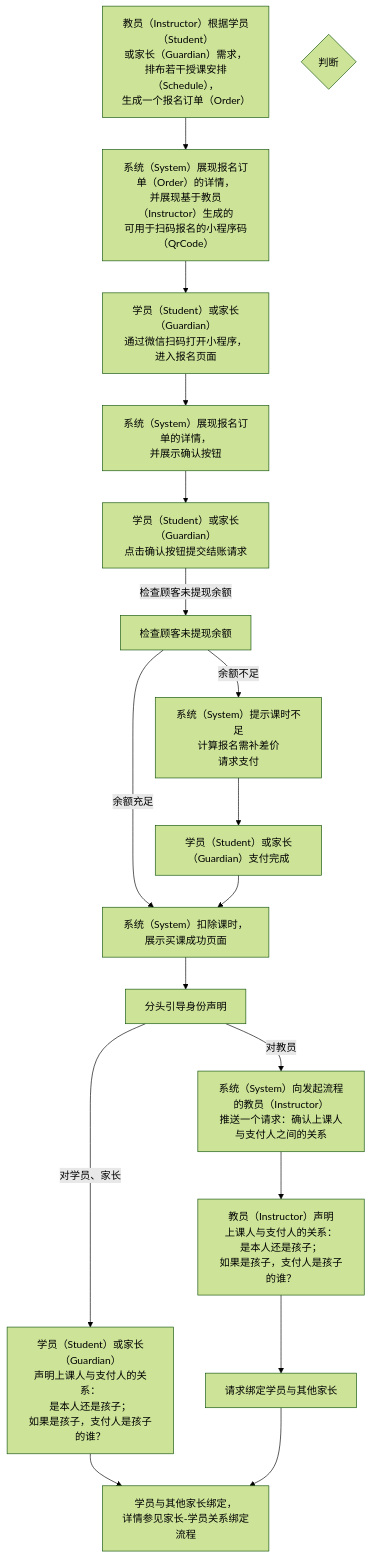
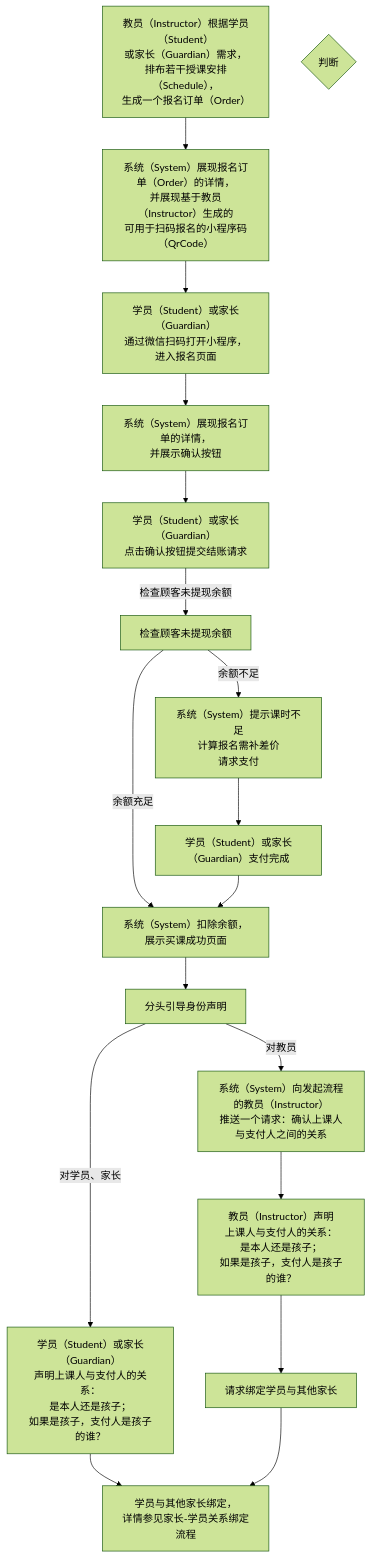
Before and after one commit to world-wide-web/sign: the diagram in 用例/报名.md, drawn with Mermaid (forest theme). The commit also changed other lines of this file, not shown here.

Commit message:
用例/报名.md updated from https://stackedit.io/

````diff
--- a/用例/报名.md
+++ b/用例/报名.md
@@ -7,48 +7,48 @@
 ```mermaid
 graph TD
 
 生成报名订单-->生成报名码
 生成报名码-->扫码报名
 扫码报名-->展现报名订单
 展现报名订单-->确认并提交结账请求
 确认并提交结账请求--检查顾客未提现余额-->检查顾客未提现余额
 检查顾客未提现余额--余额充足-->扣课时并提示买课成功
 检查顾客未提现余额--余额不足-->请求支付
 请求支付-->支付完成
 支付完成-->扣课时并提示买课成功
 扣课时并提示买课成功-->分头引导身份声明
 分头引导身份声明--"对教员"-->请求身份声明
 分头引导身份声明--"对学员、家长"-->支付人身份声明
 请求身份声明-->教员代理身份声明
 教员代理身份声明-->请求绑定学员与其他家长
 支付人身份声明-->学员与其他家长绑定
 请求绑定学员与其他家长-->学员与其他家长绑定
 
 生成报名订单["<center>教员（Instructor）根据学员（Student）<br>或家长（Guardian）需求，<br>排布若干授课安排（Schedule），<br>生成一个报名订单（Order）</center>"]
 
 生成报名码["<center>系统（System）展现报名订单（Order）的详情，<br>并展现基于教员（Instructor）生成的<br>可用于扫码报名的小程序码（QrCode）</center>"]
 
 扫码报名["<center>学员（Student）或家长（Guardian）<br>通过微信扫码打开小程序，进入报名页面</center>"]
 
 展现报名订单["<center>系统（System）展现报名订单的详情，<br>并展示确认按钮</center>"]
 
 确认并提交结账请求["<center>学员（Student）或家长（Guardian）<br>点击确认按钮提交结账请求</center>"]
 
 判断课时数量{"<center>判断</center>"}
 
 请求支付["<center>系统（System）提示课时不足<br>计算报名需补差价<br>请求支付</center>"]
 
 支付完成["<center>学员（Student）或家长（Guardian）支付完成</center>"]
 
-扣课时并提示买课成功["<center>系统（System）扣除课时，展示买课成功页面</center>"]
+扣课时并提示买课成功["<center>系统（System）扣除余额，展示买课成功页面</center>"]
 
 请求身份声明["<center>系统（System）向发起流程的教员（Instructor）<br>推送一个请求：确认上课人与支付人之间的关系</center>"]
 
 支付人身份声明["<center>学员（Student）或家长（Guardian）<br>声明上课人与支付人的关系：<br>是本人还是孩子；<br>如果是孩子，支付人是孩子的谁？</center>"]
 
 教员代理身份声明["<center>教员（Instructor）声明<br>上课人与支付人的关系：<br>是本人还是孩子；<br>如果是孩子，支付人是孩子的谁？</center>"]
 
 请求绑定学员与其他家长
 
 学员与其他家长绑定["<center>学员与其他家长绑定，<br>详情参见家长-学员关系绑定流程</center>"]
 ```
````
